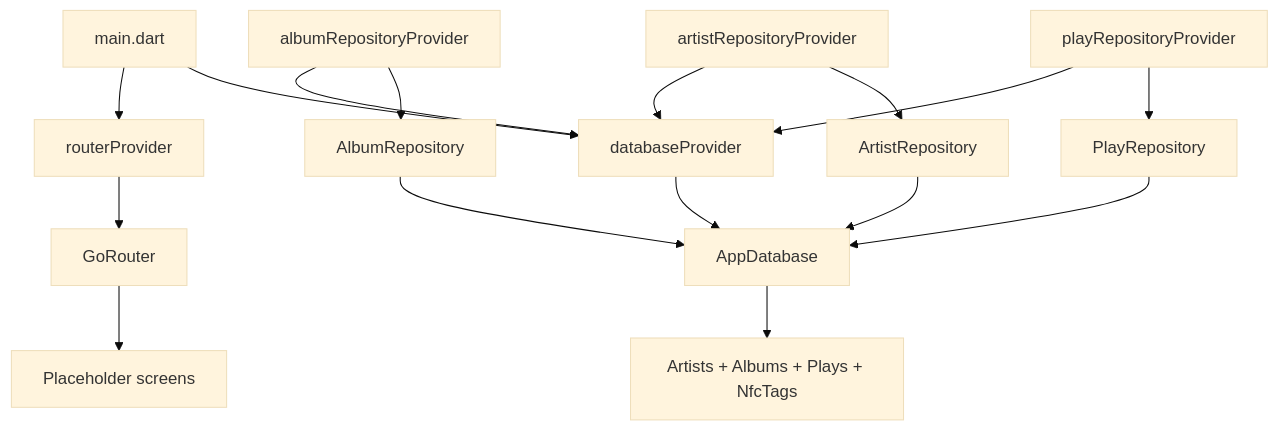
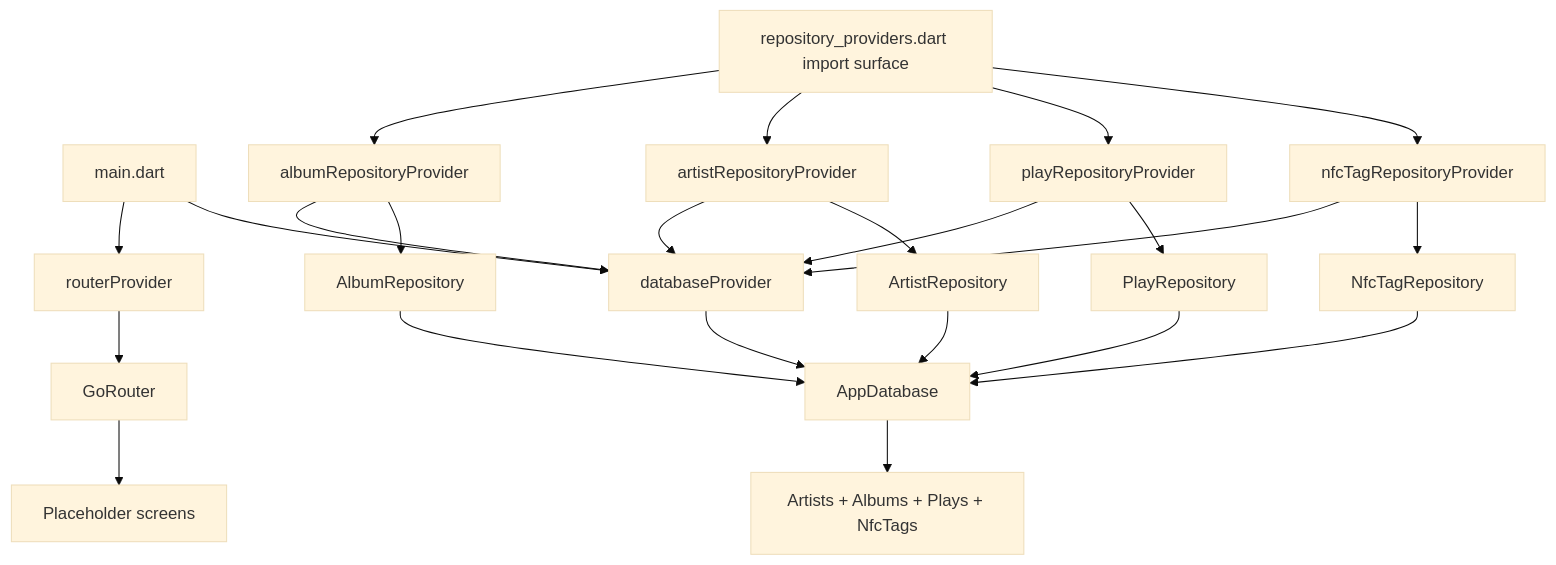
Before and after one commit to hunter-goller/Groovefolio: the second of 3 diagrams in docs/architecture/dependency-graph.md, drawn with Mermaid (base theme). The commit also changed other lines of this file and 12 other files, not shown here.

First line of the commit message:
VinylApp-016: Riverpod providers — repository layer (#26)

````diff
--- a/docs/architecture/dependency-graph.md
+++ b/docs/architecture/dependency-graph.md
@@ -43,32 +43,42 @@
 ```mermaid
 flowchart TD
     Main[main.dart]
     RouterProvider[routerProvider]
     DatabaseProvider[databaseProvider]
     AlbumRepoProvider[albumRepositoryProvider]
     ArtistRepoProvider[artistRepositoryProvider]
     PlayRepoProvider[playRepositoryProvider]
+    NfcRepoProvider[nfcTagRepositoryProvider]
+    RepositoryProviders[repository_providers.dart import surface]
     Router[GoRouter]
     Placeholders[Placeholder screens]
     AlbumRepo[AlbumRepository]
     ArtistRepo[ArtistRepository]
     PlayRepo[PlayRepository]
+    NfcRepo[NfcTagRepository]
     Database[AppDatabase]
     Tables[Artists + Albums + Plays + NfcTags]
 
     Main --> RouterProvider
     Main --> DatabaseProvider
     RouterProvider --> Router
     Router --> Placeholders
     AlbumRepoProvider --> DatabaseProvider
     AlbumRepoProvider --> AlbumRepo
     ArtistRepoProvider --> DatabaseProvider
     ArtistRepoProvider --> ArtistRepo
     PlayRepoProvider --> DatabaseProvider
     PlayRepoProvider --> PlayRepo
+    NfcRepoProvider --> DatabaseProvider
+    NfcRepoProvider --> NfcRepo
+    RepositoryProviders --> AlbumRepoProvider
+    RepositoryProviders --> ArtistRepoProvider
+    RepositoryProviders --> PlayRepoProvider
+    RepositoryProviders --> NfcRepoProvider
     AlbumRepo --> Database
     ArtistRepo --> Database
     PlayRepo --> Database
+    NfcRepo --> Database
     DatabaseProvider --> Database
     Database --> Tables
 ```
````
